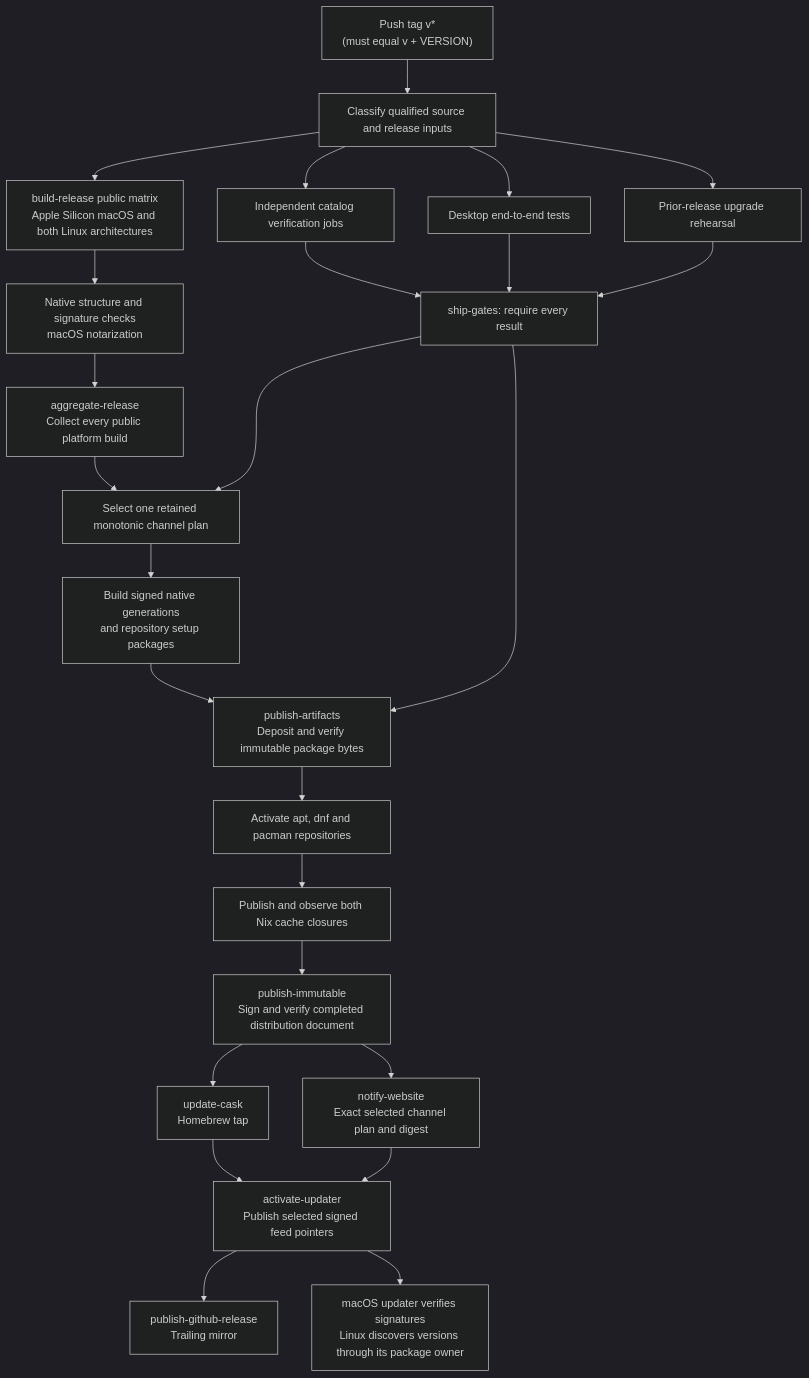
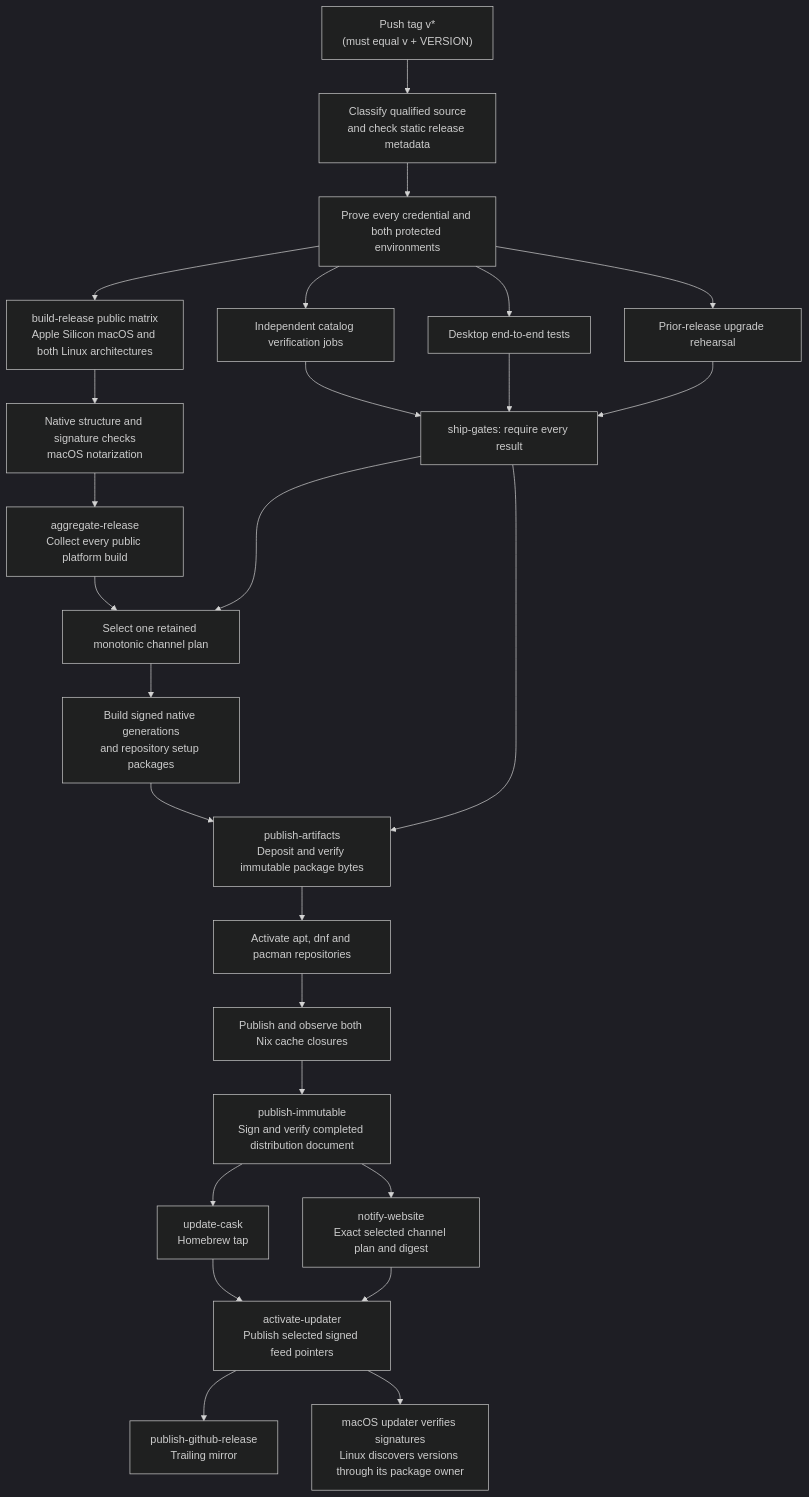
Before and after one commit to paintedwolf-ai/paintedwolf-code: the diagram in docs/dev-tasks.md, drawn with Mermaid (dark theme). The commit also changed other lines of this file and 1 other file, not shown here.

Commit message:
wip: docs for static-first release order

````diff
--- a/docs/dev-tasks.md
+++ b/docs/dev-tasks.md
@@ -1127,27 +1127,28 @@
 ```mermaid
 flowchart TD
-    tag["Push tag v*<br/>(must equal v + VERSION)"] --> classify["Classify qualified source and release inputs"]
-    classify --> checks["Independent catalog verification jobs"]
-    classify --> desktop["Desktop end-to-end tests"]
-    classify --> upgrade["Prior-release upgrade rehearsal"]
+    tag["Push tag v*<br/>(must equal v + VERSION)"] --> classify["Classify qualified source<br/>and check static release metadata"]
+    classify --> probe["Prove every credential and both protected environments"]
+    probe --> checks["Independent catalog verification jobs"]
+    probe --> desktop["Desktop end-to-end tests"]
+    probe --> upgrade["Prior-release upgrade rehearsal"]
     checks --> gates["ship-gates: require every result"]
     desktop --> gates
     upgrade --> gates
-    classify --> build["build-release public matrix<br/>Apple Silicon macOS and both Linux architectures"]
+    probe --> build["build-release public matrix<br/>Apple Silicon macOS and both Linux architectures"]
     build --> verify["Native structure and signature checks<br/>macOS notarization"]
     verify --> aggregate["aggregate-release<br/>Collect every public platform build"]
     aggregate --> plan["Select one retained monotonic channel plan"]
     gates --> plan
     plan --> setup["Build signed native generations<br/>and repository setup packages"]
     setup --> deposit["publish-artifacts<br/>Deposit and verify immutable package bytes"]
     gates --> deposit
     deposit --> native["Activate apt, dnf and pacman repositories"]
     native --> nix["Publish and observe both Nix cache closures"]
     nix --> document["publish-immutable<br/>Sign and verify completed distribution document"]
     document --> cask["update-cask<br/>Homebrew tap"]
     document --> website["notify-website<br/>Exact selected channel plan and digest"]
     cask --> updater["activate-updater<br/>Publish selected signed feed pointers"]
     website --> updater
     updater --> mirror["publish-github-release<br/>Trailing mirror"]
     updater --> clients["macOS updater verifies signatures<br/>Linux discovers versions through its package owner"]
 ```
````
